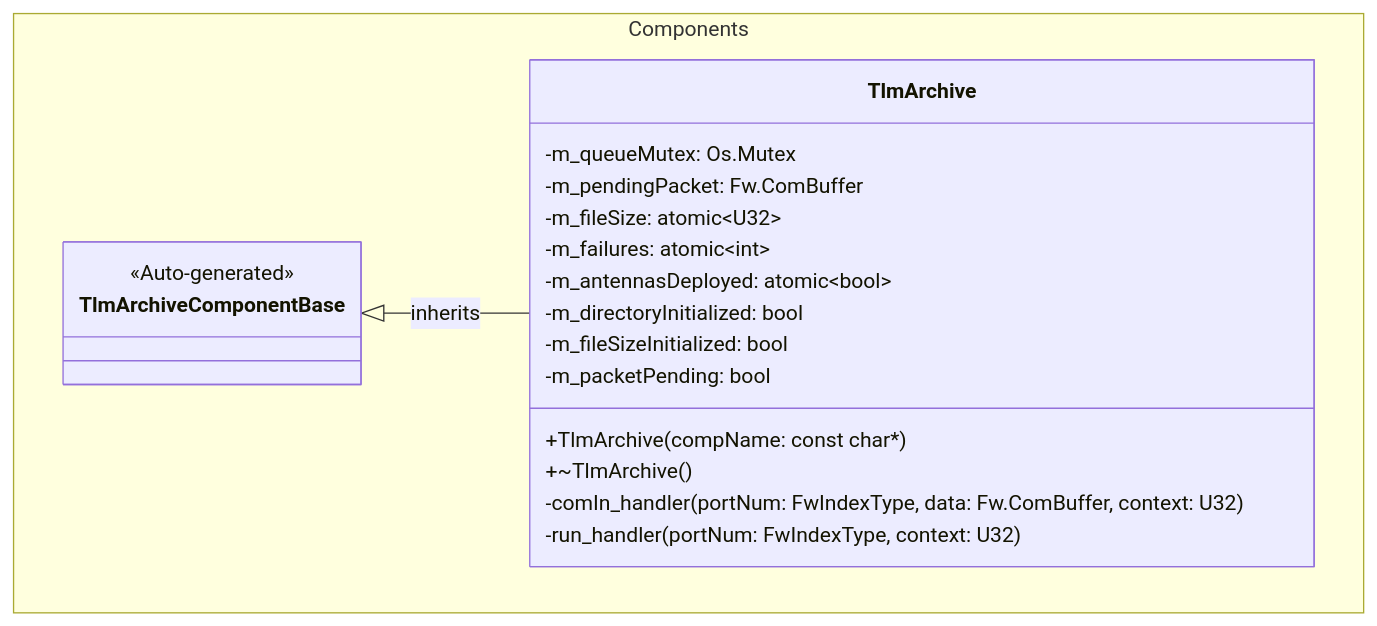
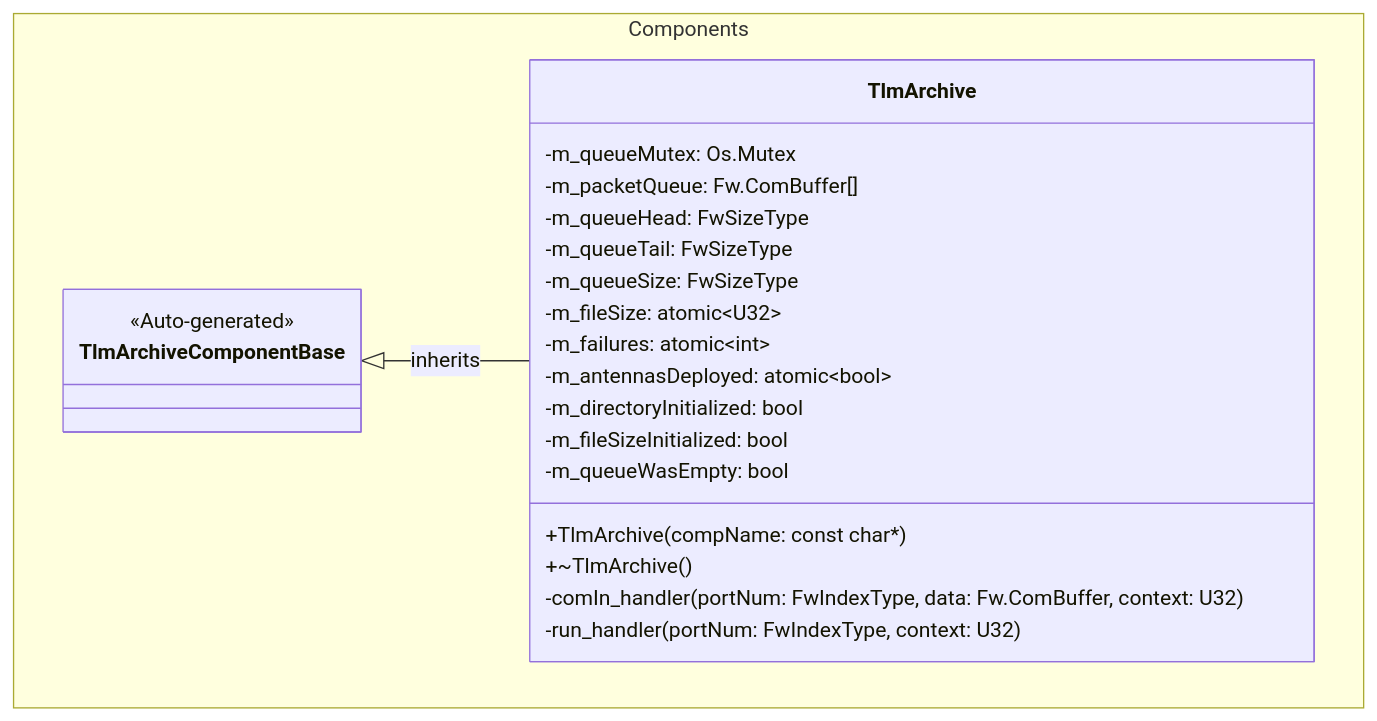
The first of 2 diagrams in PROVESFlightControllerReference/Components/TlmArchive/docs/sdd.md (Open-Source-Space-Foundation/proves-core-reference), drawn with Mermaid before and after one commit. The commit also changed other lines of this file and 3 other files, not shown here.

````diff
--- a/PROVESFlightControllerReference/Components/TlmArchive/docs/sdd.md
+++ b/PROVESFlightControllerReference/Components/TlmArchive/docs/sdd.md
@@ -73,25 +81,28 @@
 ```mermaid
 classDiagram
     namespace Components {
         class TlmArchiveComponentBase {
             <<Auto-generated>>
         }
 
         class TlmArchive {
             +TlmArchive(compName: const char*)
             +~TlmArchive()
             -comIn_handler(portNum: FwIndexType, data: Fw.ComBuffer, context: U32)
             -run_handler(portNum: FwIndexType, context: U32)
             -m_queueMutex: Os.Mutex
-            -m_pendingPacket: Fw.ComBuffer
+            -m_packetQueue: Fw.ComBuffer[]
+            -m_queueHead: FwSizeType
+            -m_queueTail: FwSizeType
+            -m_queueSize: FwSizeType
             -m_fileSize: atomic~U32~
             -m_failures: atomic~int~
             -m_antennasDeployed: atomic~bool~
             -m_directoryInitialized: bool
             -m_fileSizeInitialized: bool
-            -m_packetPending: bool
+            -m_queueWasEmpty: bool
         }
     }
 
     TlmArchiveComponentBase <|-- TlmArchive : inherits
 ```
````
